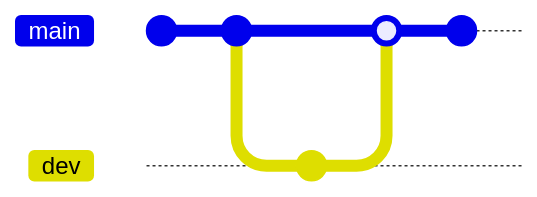
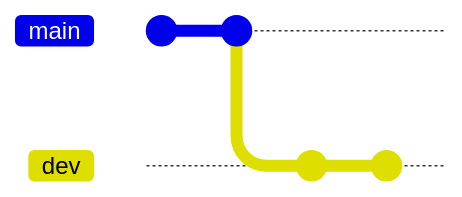
The second of 2 diagrams in README.md (Docusland/git-cheatsheet), drawn with Mermaid before and after one commit. The commit also changed other lines of this file, not shown here. Commit ids are hidden.

Commit message:
git checkout

````diff
--- a/README.md
+++ b/README.md
@@ -69,10 +69,9 @@
   ```mermaid
       gitGraph
         commit
         commit
         branch dev
+        checkout dev
         commit
-        checkout main
-        merge dev
         commit
   ```
````
